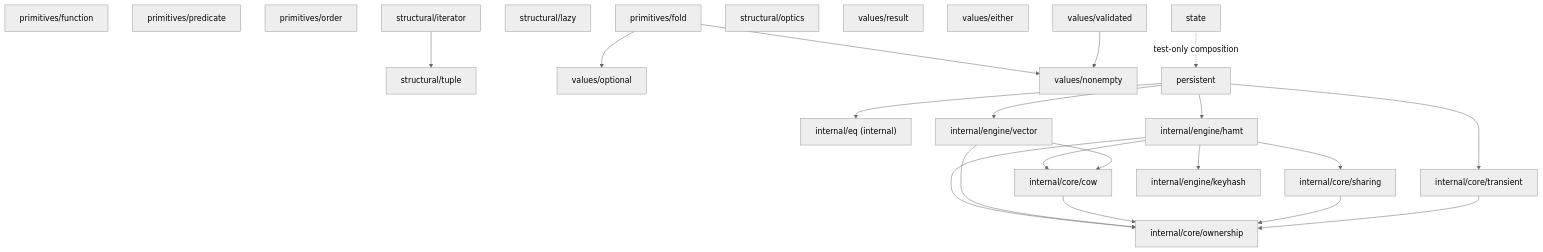
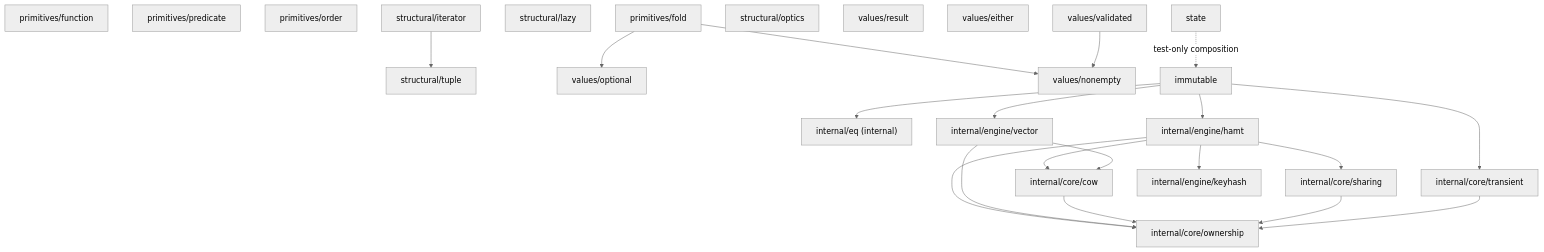
One commit to alvadorncorp/functional-go changed the diagram in docs/overview.md. Above: the diagram before and after it, drawn with Mermaid (neutral theme). The commit also changed other lines of this file and 46 other files, not shown here.

First line of the commit message:
refactor(functional)!: rename persistent package to immutable

````diff
--- a/docs/overview.md
+++ b/docs/overview.md
@@ -192,45 +192,45 @@
 ```mermaid
 flowchart TB
   function[primitives/function]
   predicate[primitives/predicate]
   order[primitives/order]
   fold[primitives/fold]
   tuple[structural/tuple]
   lazy[structural/lazy]
   iterator[structural/iterator]
   optics[structural/optics]
   valuesOptional[values/optional]
   valuesResult[values/result]
   valuesEither[values/either]
   valuesNonEmpty[values/nonempty]
   valuesValidated[values/validated]
-  persistent[persistent]
+  immutable[immutable]
   state[state]
   eq["internal/eq (internal)"]
   ownership["internal/core/ownership"]
   cow["internal/core/cow"]
   sharing["internal/core/sharing"]
   transient["internal/core/transient"]
   hamt["internal/engine/hamt"]
   vector["internal/engine/vector"]
   keyhash["internal/engine/keyhash"]
 
   fold --> valuesOptional
   fold --> valuesNonEmpty
   iterator --> tuple
   valuesValidated --> valuesNonEmpty
-  persistent --> eq
-  persistent --> transient
-  persistent --> hamt
-  persistent --> vector
+  immutable --> eq
+  immutable --> transient
+  immutable --> hamt
+  immutable --> vector
   hamt --> ownership
   hamt --> cow
   hamt --> sharing
   hamt --> keyhash
   vector --> ownership
   vector --> cow
   cow --> ownership
   sharing --> ownership
   transient --> ownership
-  state -.->|test-only composition| persistent
+  state -.->|test-only composition| immutable
 ```
````
